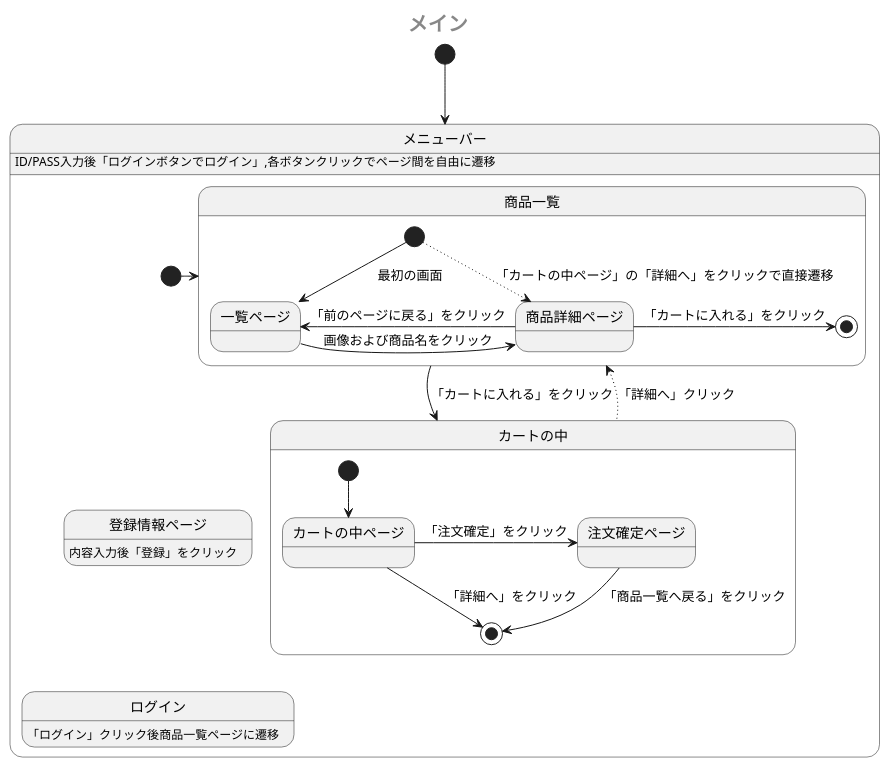
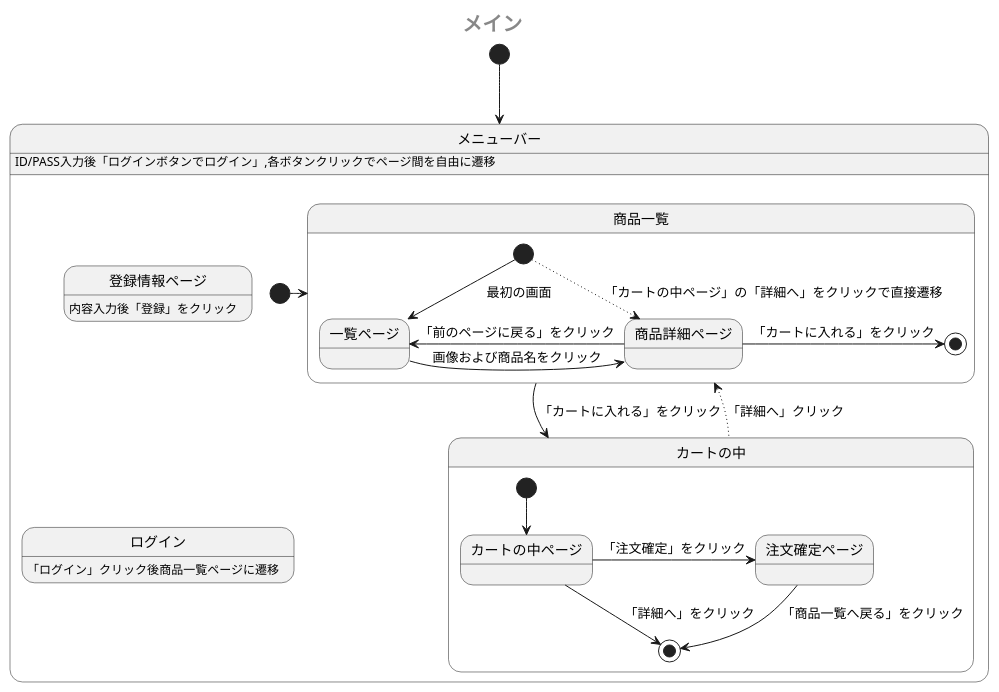
The diagram in sample/StateMachine.md (Aso2001385/2021sys-design), drawn with PlantUML before and after one commit.

````diff
--- a/sample/StateMachine.md
+++ b/sample/StateMachine.md
@@ -1,32 +1,32 @@
 ```uml
 @startuml
  center header <size:20><b>メイン</b></size>
  [*] --> メニューバー
  state メニューバー {
    メニューバー: ID/PASS入力後「ログインボタンでログイン」,各ボタンクリックでページ間を自由に遷移
    [*] -> 商品一覧
    state 商品一覧 {
     [*] --> 一覧ページ:　最初の画面
     [*] -[dotted]-> 商品詳細ページ: 「カートの中ページ」の「詳細へ」をクリックで直接遷移
     一覧ページ -right-> 商品詳細ページ: 画像および商品名をクリック
     商品詳細ページ -left-> 一覧ページ: 「前のページに戻る」をクリック
     商品詳細ページ -right-> [*]: 「カートに入れる」をクリック
     
    }
    商品一覧 -down-> カートの中:「カートに入れる」をクリック
    state カートの中 {
     [*] --> カートの中ページ
     カートの中ページ --> [*]:「詳細へ」をクリック
     カートの中ページ -> 注文確定ページ:「注文確定」をクリック 
     注文確定ページ --> [*]: 「商品一覧へ戻る」をクリック
    }
    カートの中 -up[dotted]-> 商品一覧:「詳細へ」クリック
   
-   カートの中 -left[hidden]-> 登録情報ページ
+   商品一覧 -left[hidden]-> 登録情報ページ
    登録情報ページ:内容入力後「登録」をクリック
    登録情報ページ -[hidden]-> ログイン
    ログイン:「ログイン」クリック後商品一覧ページに遷移
  }
  
 @enduml
 ```
````
